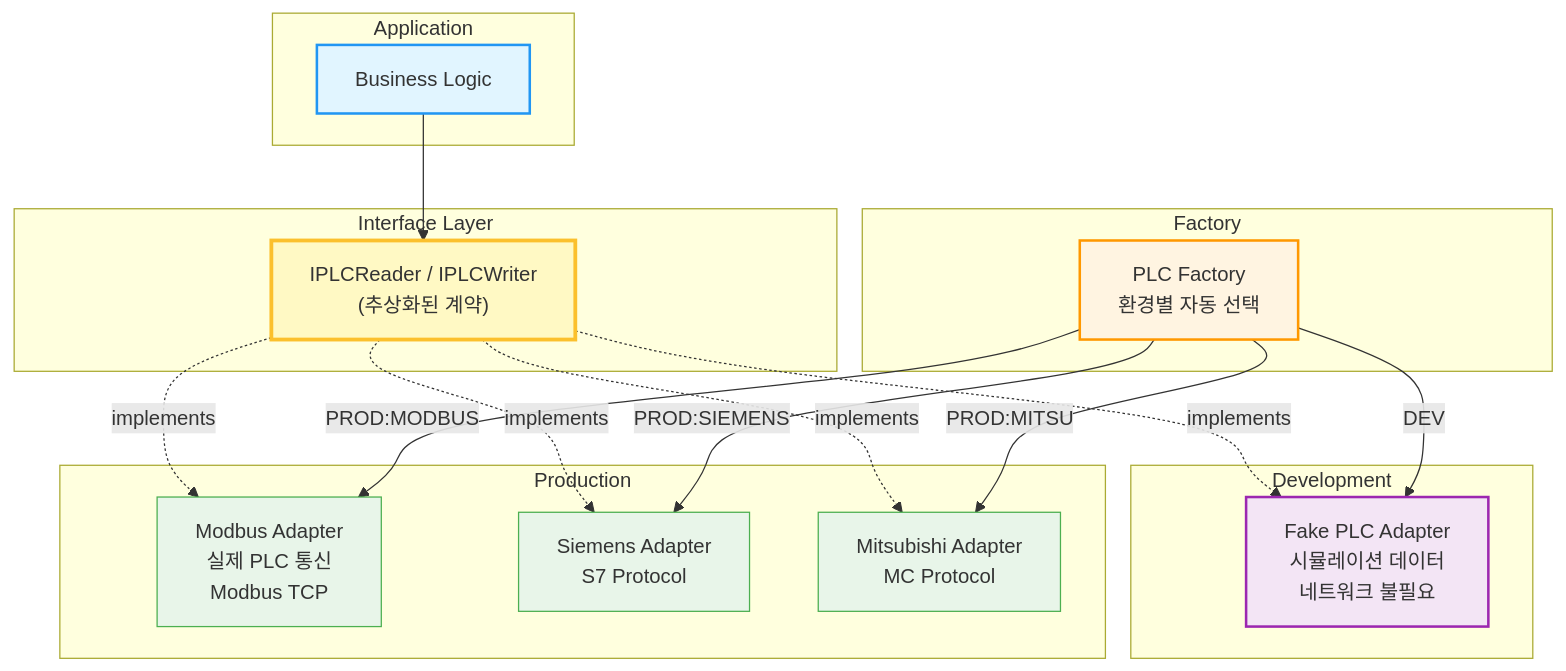
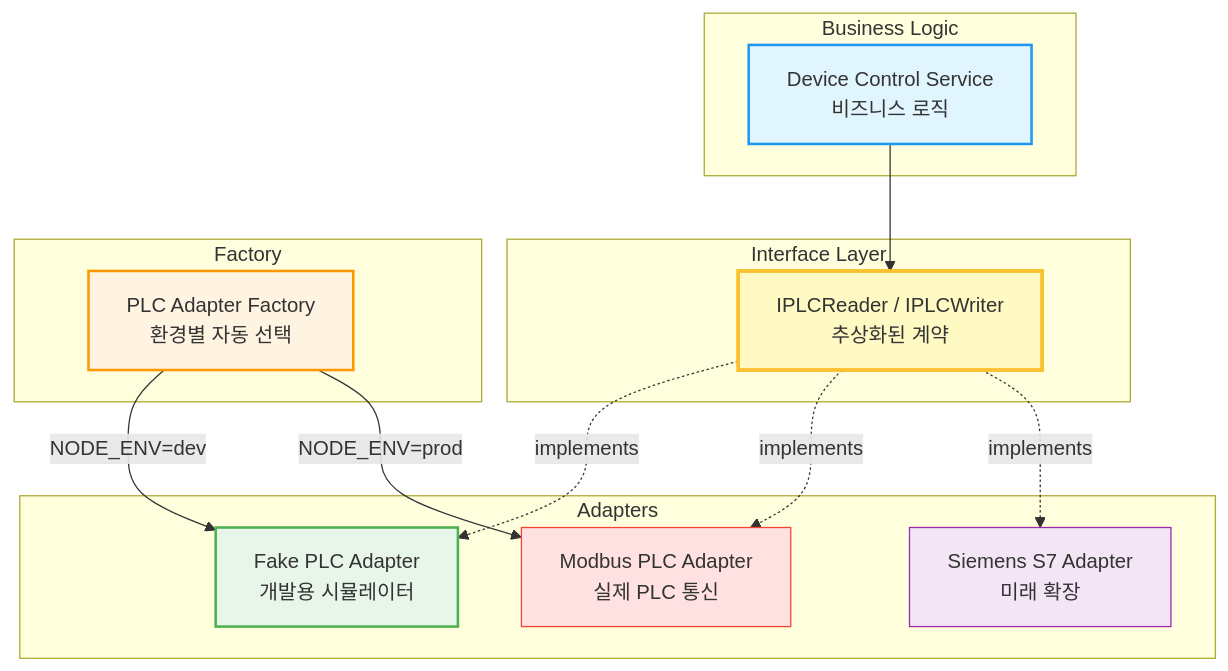
One commit to 1985jwlee/production-iot-backend changed the eighth of 10 diagrams in TECHNICAL_CHALLENGES.md. Above: the diagram before and after it, drawn with Mermaid. The commit also changed other lines of this file and 1 other file, not shown here.

````diff
--- a/TECHNICAL_CHALLENGES.md
+++ b/TECHNICAL_CHALLENGES.md
@@ -583,43 +667,35 @@
 ```mermaid
 graph TB
-    subgraph "Application"
-        BL[Business Logic]
+    subgraph "Business Logic"
+        BL[Device Control Service<br/>비즈니스 로직]
     end
     
     subgraph "Interface Layer"
-        IFACE["IPLCReader / IPLCWriter<br/>(추상화된 계약)"]
+        IFACE[IPLCReader / IPLCWriter<br/>추상화된 계약]
     end
     
-    subgraph "Development"
-        FAKE[Fake PLC Adapter<br/>시뮬레이션 데이터<br/>네트워크 불필요]
-    end
-    
-    subgraph "Production"
-        MODBUS[Modbus Adapter<br/>실제 PLC 통신<br/>Modbus TCP]
-        SIEMENS[Siemens Adapter<br/>S7 Protocol]
-        MITSU[Mitsubishi Adapter<br/>MC Protocol]
+    subgraph "Adapters"
+        FAKE[Fake PLC Adapter<br/>개발용 시뮬레이터]
+        MODBUS[Modbus PLC Adapter<br/>실제 PLC 통신]
+        SIEMENS[Siemens S7 Adapter<br/>미래 확장]
     end
     
     subgraph "Factory"
-        FACTORY[PLC Factory<br/>환경별 자동 선택]
+        FACTORY[PLC Adapter Factory<br/>환경별 자동 선택]
     end
     
     BL --> IFACE
     IFACE -.->|implements| FAKE
     IFACE -.->|implements| MODBUS
     IFACE -.->|implements| SIEMENS
-    IFACE -.->|implements| MITSU
     
-    FACTORY -->|DEV| FAKE
-    FACTORY -->|PROD:MODBUS| MODBUS
-    FACTORY -->|PROD:SIEMENS| SIEMENS
-    FACTORY -->|PROD:MITSU| MITSU
+    FACTORY -->|NODE_ENV=dev| FAKE
+    FACTORY -->|NODE_ENV=prod| MODBUS
     
     style BL fill:#e1f5ff,stroke:#2196f3,stroke-width:2px
     style IFACE fill:#fff9c4,stroke:#fbc02d,stroke-width:3px
-    style FAKE fill:#f3e5f5,stroke:#9c27b0,stroke-width:2px
-    style MODBUS fill:#e8f5e9,stroke:#4caf50
-    style SIEMENS fill:#e8f5e9,stroke:#4caf50
-    style MITSU fill:#e8f5e9,stroke:#4caf50
+    style FAKE fill:#e8f5e9,stroke:#4caf50,stroke-width:2px
+    style MODBUS fill:#ffe1e1,stroke:#f44336
+    style SIEMENS fill:#f3e5f5,stroke:#9c27b0
     style FACTORY fill:#fff4e1,stroke:#ff9800,stroke-width:2px
 ```
````
